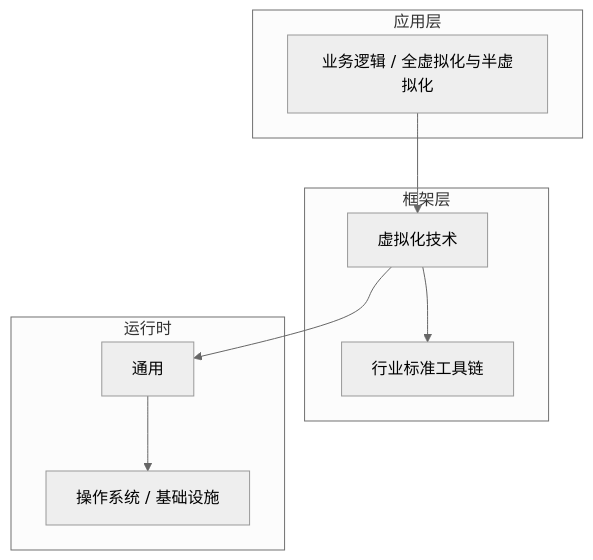
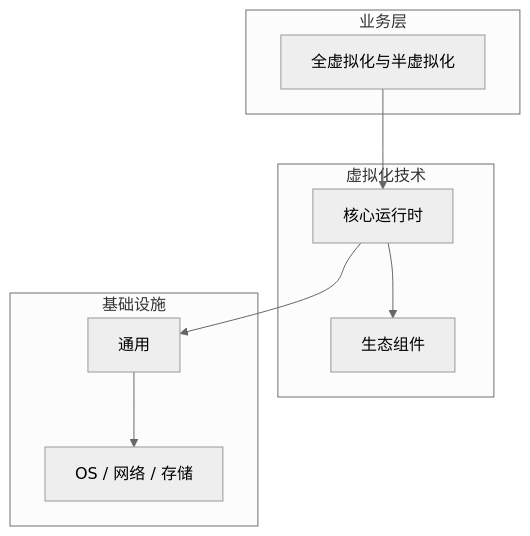
The diagram in articles/虚拟化技术/chapters/033-全虚拟化与半虚拟化核心概念与原理.md (yanggan2015/knowledge-json-v2), drawn with Mermaid (neutral theme) before and after one commit. The commit also changed other lines of this file and 10127 other files, not shown here.

````diff
--- a/articles/虚拟化技术/chapters/033-全虚拟化与半虚拟化核心概念与原理.md
+++ b/articles/虚拟化技术/chapters/033-全虚拟化与半虚拟化核心概念与原理.md
@@ -45,18 +34,18 @@
 ```mermaid
 graph TB
-    subgraph 应用层
-        A[业务逻辑 / 全虚拟化与半虚拟化]
+    subgraph 业务层
+        A[全虚拟化与半虚拟化]
     end
-    subgraph 框架层
-        B[虚拟化技术]
-        C[行业标准工具链]
+    subgraph 虚拟化技术
+        B[核心运行时]
+        C[生态组件]
     end
-    subgraph 运行时
+    subgraph 基础设施
         D[通用]
-        E[操作系统 / 基础设施]
+        E[OS / 网络 / 存储]
     end
     A --> B
     B --> C
     B --> D
     D --> E
 ```
````
